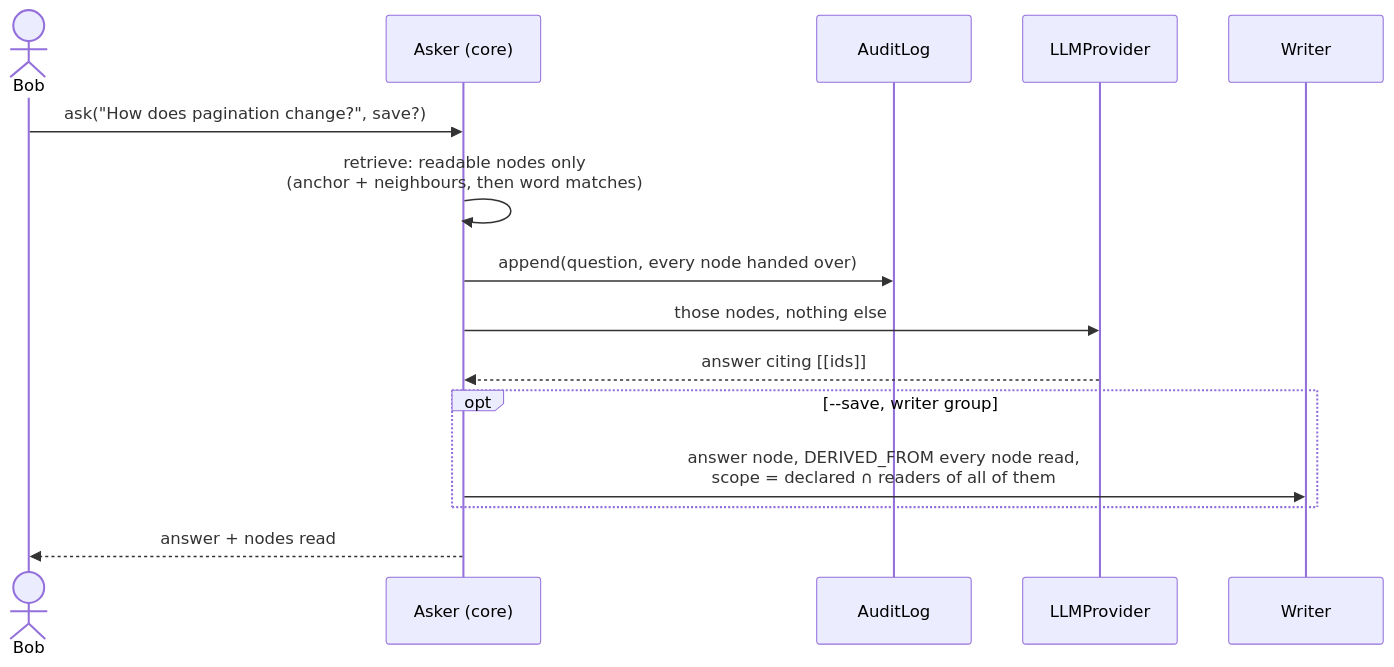
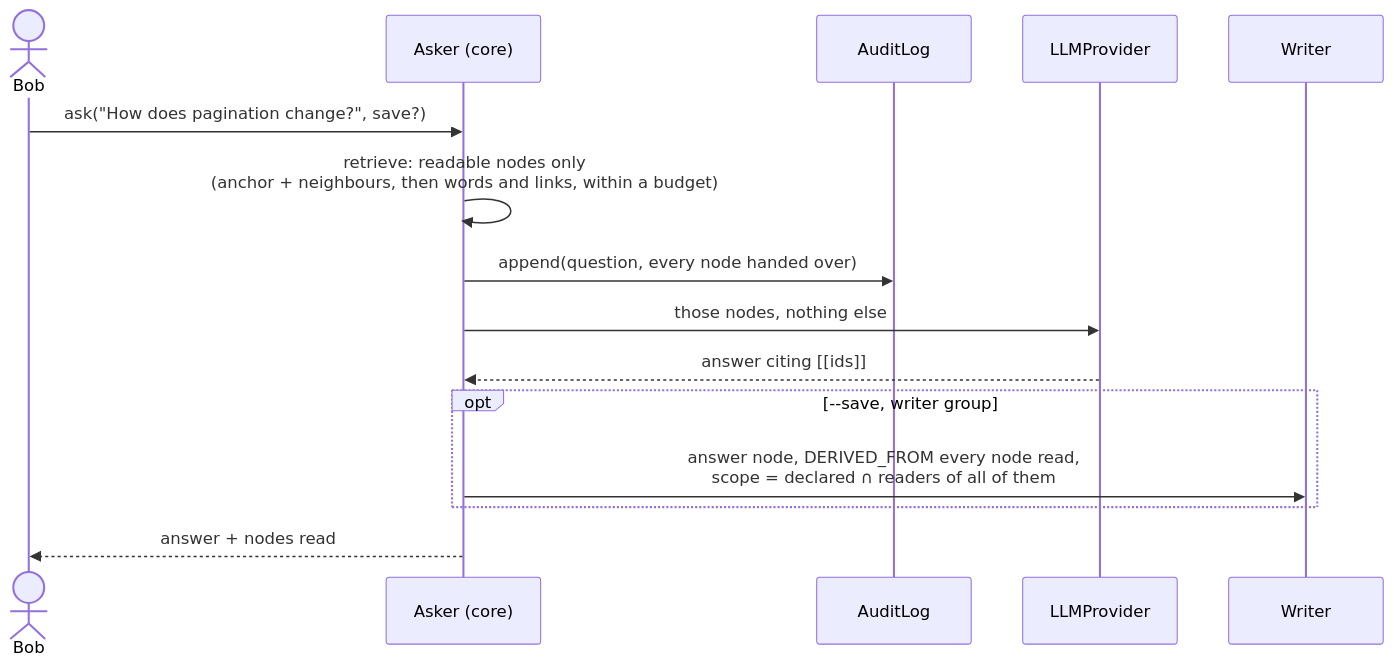
The seventh of 9 diagrams in README.md (Graph-Warden/graph-warden), drawn with Mermaid before and after one commit. The commit also changed other lines of this file and 31 other files, not shown here.

````diff
--- a/README.md
+++ b/README.md
@@ -393,18 +394,18 @@
 ```mermaid
 sequenceDiagram
     actor User as Bob
     participant Asker as Asker (core)
     participant Audit as AuditLog
     participant LLM as LLMProvider
     participant Writer
 
     User->>Asker: ask("How does pagination change?", save?)
-    Asker->>Asker: retrieve: readable nodes only<br/>(anchor + neighbours, then word matches)
+    Asker->>Asker: retrieve: readable nodes only<br/>(anchor + neighbours, then words and links, within a budget)
     Asker->>Audit: append(question, every node handed over)
     Asker->>LLM: those nodes, nothing else
     LLM-->>Asker: answer citing [[ids]]
     opt --save, writer group
         Asker->>Writer: answer node, DERIVED_FROM every node read,<br/>scope = declared ∩ readers of all of them
     end
     Asker-->>User: answer + nodes read
 ```
````
